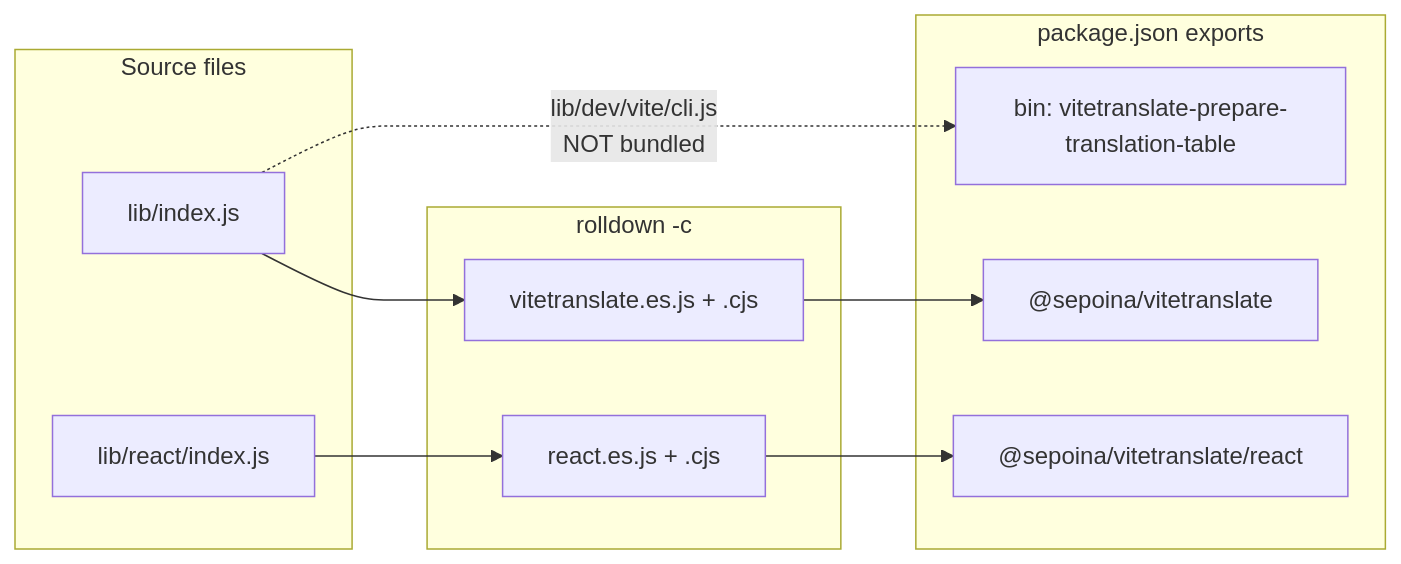
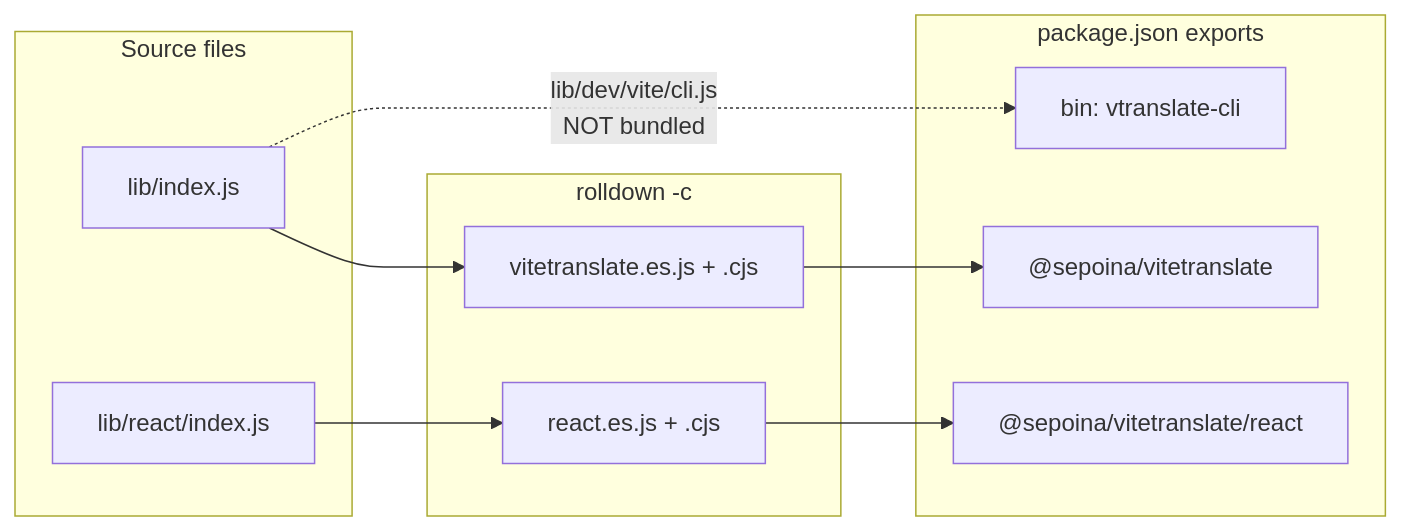
One commit to sepoina/viteTranslate changed the eighth of 8 diagrams in doc/structure.md. Above: the diagram before and after it, drawn with Mermaid. The commit also changed other lines of this file and 41 other files, not shown here.

````diff
--- a/doc/structure.md
+++ b/doc/structure.md
@@ -657,19 +690,19 @@
 ```mermaid
 flowchart LR
   subgraph src["Source files"]
     I1["lib/index.js"]
     I2["lib/react/index.js"]
   end
   subgraph rd["rolldown -c"]
     B1["vitetranslate.es.js + .cjs"]
     B2["react.es.js + .cjs"]
   end
   subgraph exp["package.json exports"]
     E1["@sepoina/vitetranslate"]
     E2["@sepoina/vitetranslate/react"]
-    E3["bin: vitetranslate-prepare-translation-table"]
+    E3["bin: vtranslate-cli"]
   end
   I1 --> B1 --> E1
   I2 --> B2 --> E2
   I1 -.->|"lib/dev/vite/cli.js<br/>NOT bundled"| E3
 ```
````
